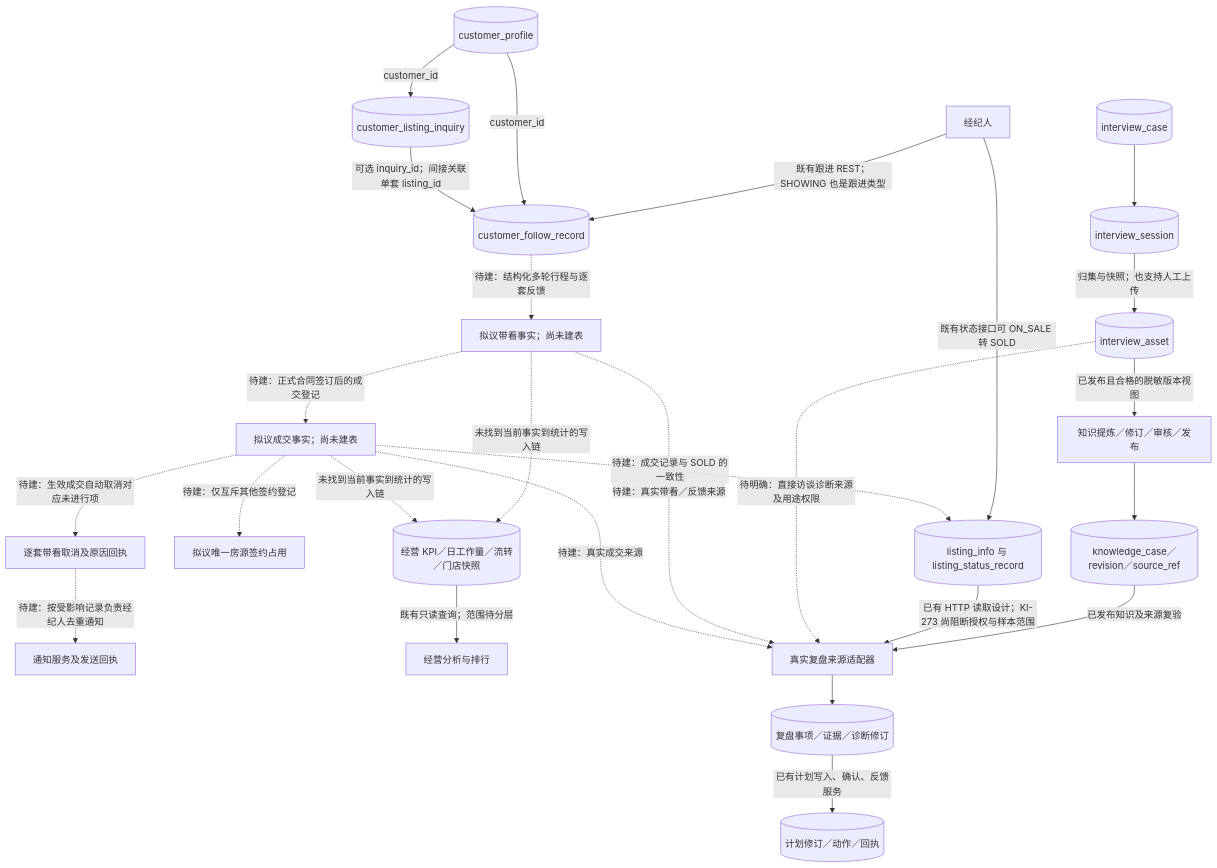
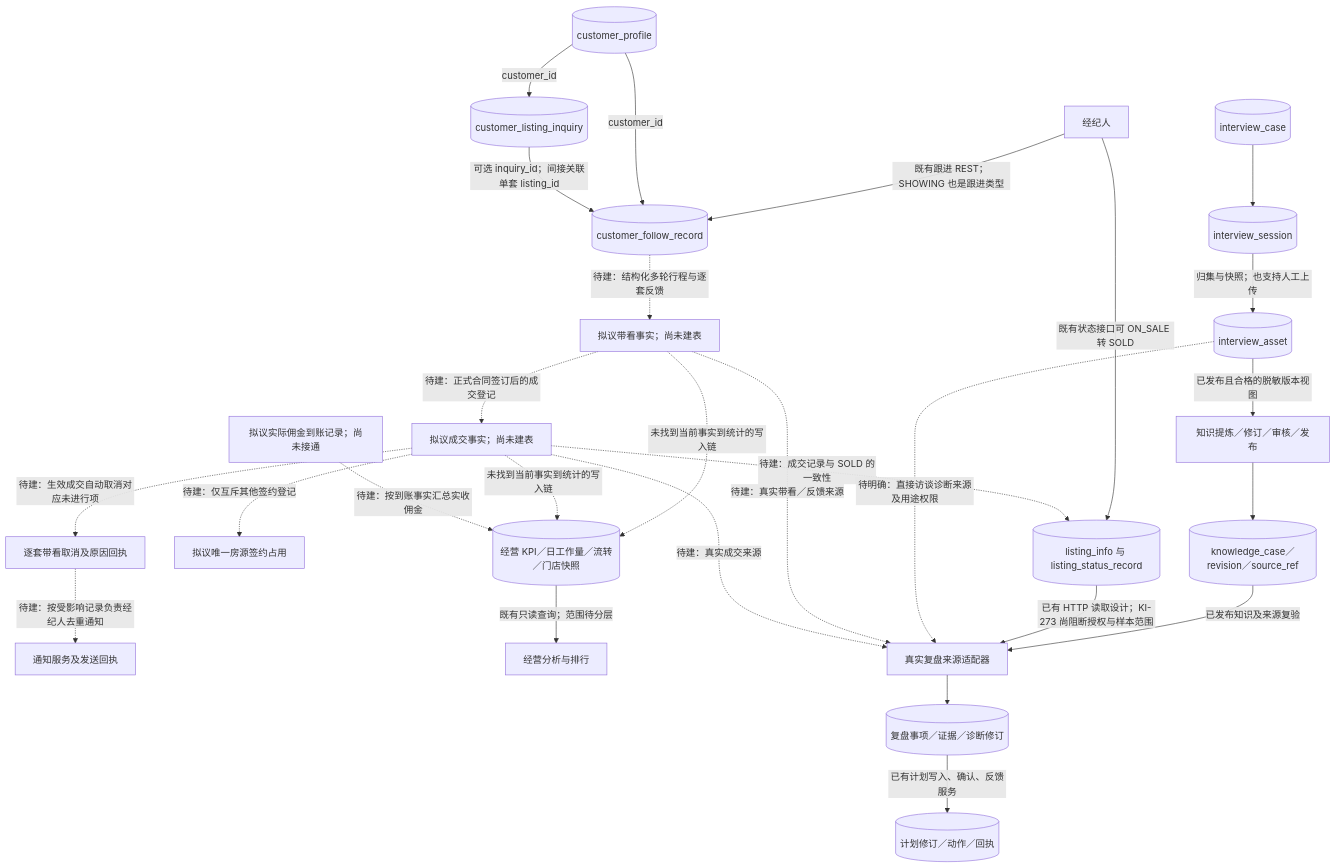
The diagram in openspec/changes/align-sales-followup-and-business-review/investigation.md (crj-tik/BkAnentProject), drawn with Mermaid before and after one commit. The commit also changed other lines of this file and 6 other files, not shown here.

````diff
--- a/openspec/changes/align-sales-followup-and-business-review/investigation.md
+++ b/openspec/changes/align-sales-followup-and-business-review/investigation.md
@@ -17,34 +19,35 @@
 ```mermaid
 flowchart TB
     broker[经纪人]
     customer[(customer_profile)]
     inquiry[(customer_listing_inquiry)]
     follow[(customer_follow_record)]
     listing[(listing_info 与 listing_status_record)]
     broker -->|既有跟进 REST；SHOWING 也是跟进类型| follow
     customer -->|customer_id| follow
     customer -->|customer_id| inquiry
     inquiry -->|可选 inquiry_id；间接关联单套 listing_id| follow
     broker -->|既有状态接口可 ON_SALE 转 SOLD| listing
     follow -.->|待建：结构化多轮行程与逐套反馈| visit[拟议带看事实；尚未建表]
     visit -.->|待建：正式合同签订后的成交登记| deal[拟议成交事实；尚未建表]
     deal -.->|待建：仅互斥其他签约登记| reservation[拟议唯一房源签约占用]
     deal -.->|待建：成交记录与 SOLD 的一致性| listing
     deal -.->|待建：生效成交自动取消对应未进行项| cancelled[逐套带看取消及原因回执]
     cancelled -.->|待建：按受影响记录负责经纪人去重通知| notice[通知服务及发送回执]
     stats[(经营 KPI／日工作量／流转／门店快照)]
     visit -.->|未找到当前事实到统计的写入链| stats
     deal -.->|未找到当前事实到统计的写入链| stats
+    received[拟议实际佣金到账记录；尚未接通] -.->|待建：按到账事实汇总实收佣金| stats
     stats -->|既有只读查询；范围待分层| analytics[经营分析与排行]
     case[(interview_case)] --> session[(interview_session)]
     session -->|归集与快照；也支持人工上传| asset[(interview_asset)]
     asset -->|已发布且合格的脱敏版本视图| kg[知识提炼／修订／审核／发布]
     kg --> knowledge[(knowledge_case／revision／source_ref)]
     knowledge -->|已发布知识及来源复验| review[真实复盘来源适配器]
     listing -->|已有 HTTP 读取设计；KI-273 尚阻断授权与样本范围| review
     asset -.->|待明确：直接访谈诊断来源及用途权限| review
     visit -.->|待建：真实带看／反馈来源| review
     deal -.->|待建：真实成交来源| review
     review --> matter[(复盘事项／证据／诊断修订)]
     matter -->|已有计划写入、确认、反馈服务| plan[(计划修订／动作／回执)]
 ```
````
